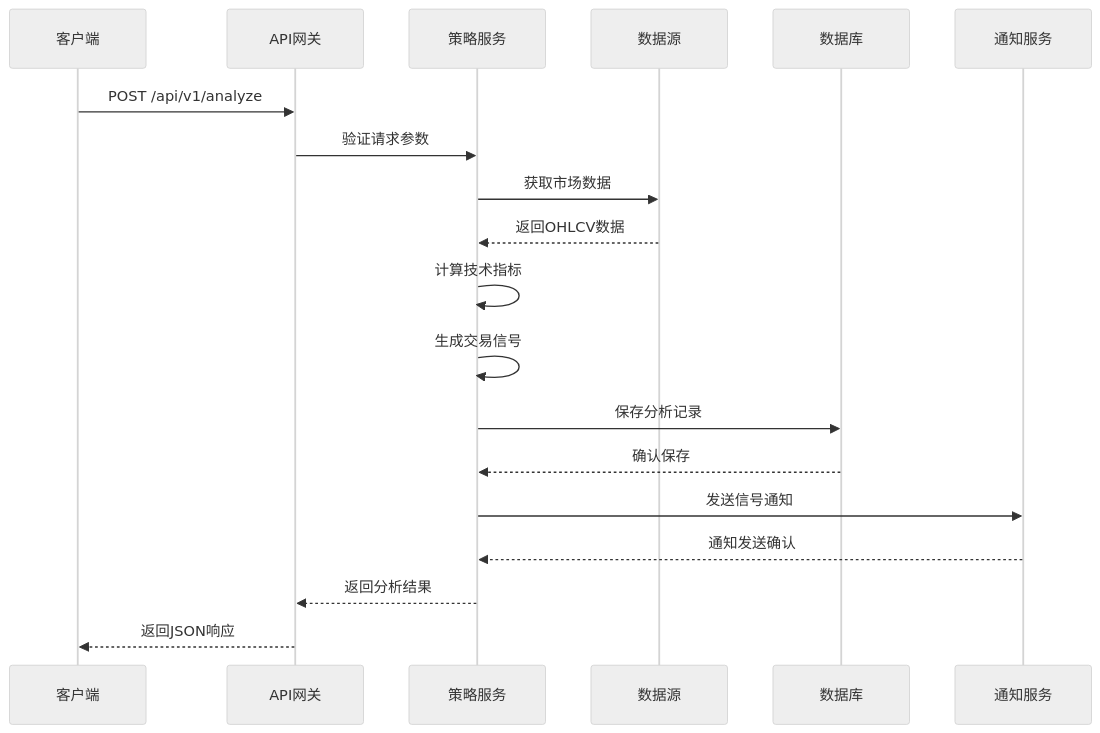
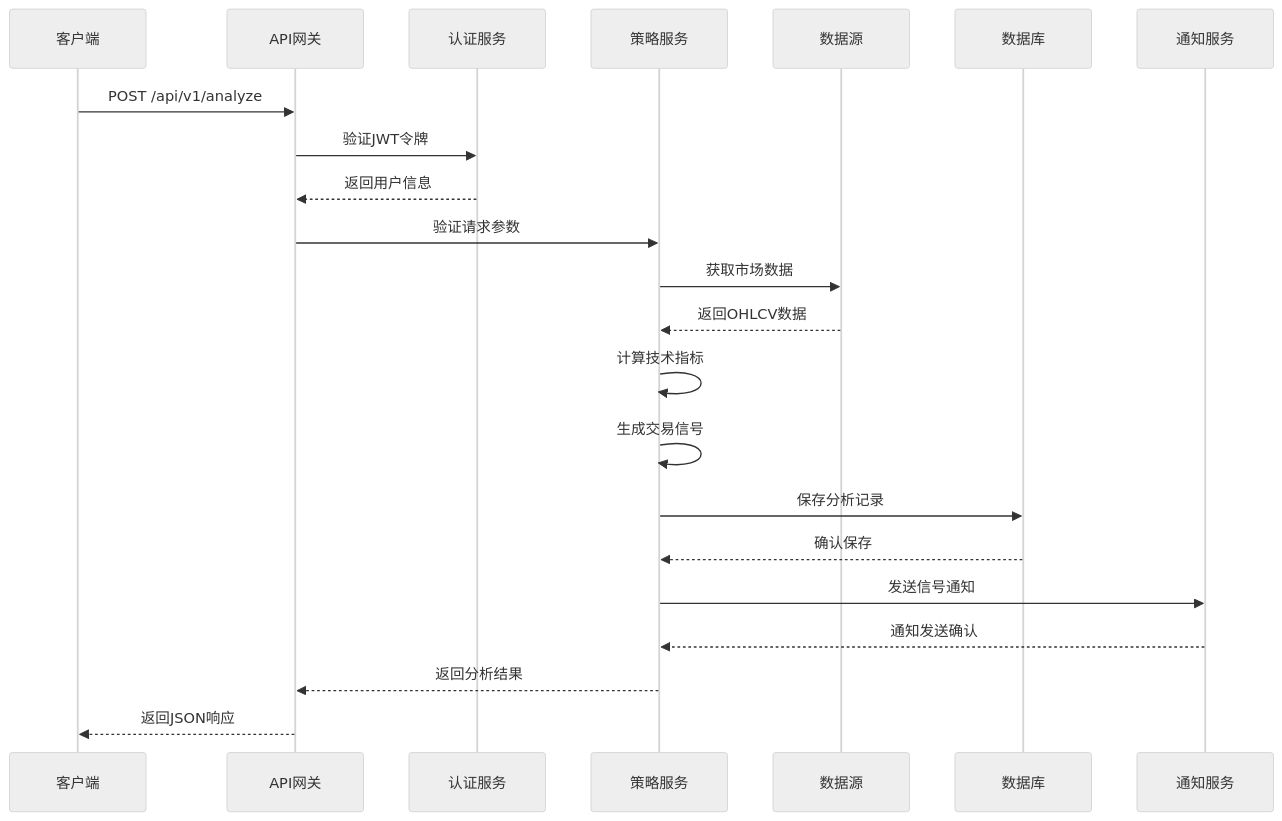
One commit to raymodny-ai/The-Modern-Turtle-Protocol changed the second of 9 diagrams in .qoder/repowiki/zh/content/API接口文档.md. Above: the diagram before and after it, drawn with Mermaid (neutral theme). The commit also changed other lines of this file and 15 other files, not shown here.

````diff
--- a/.qoder/repowiki/zh/content/API接口文档.md
+++ b/.qoder/repowiki/zh/content/API接口文档.md
@@ -230,21 +256,24 @@
 ```mermaid
 sequenceDiagram
 participant Client as 客户端
 participant API as API网关
+participant Auth as 认证服务
 participant Strategy as 策略服务
 participant Data as 数据源
 participant DB as 数据库
 participant Notification as 通知服务
 Client->>API : POST /api/v1/analyze
+API->>Auth : 验证JWT令牌
+Auth-->>API : 返回用户信息
 API->>Strategy : 验证请求参数
 Strategy->>Data : 获取市场数据
 Data-->>Strategy : 返回OHLCV数据
 Strategy->>Strategy : 计算技术指标
 Strategy->>Strategy : 生成交易信号
 Strategy->>DB : 保存分析记录
 DB-->>Strategy : 确认保存
 Strategy->>Notification : 发送信号通知
 Notification-->>Strategy : 通知发送确认
 Strategy-->>API : 返回分析结果
 API-->>Client : 返回JSON响应
 ```
````
